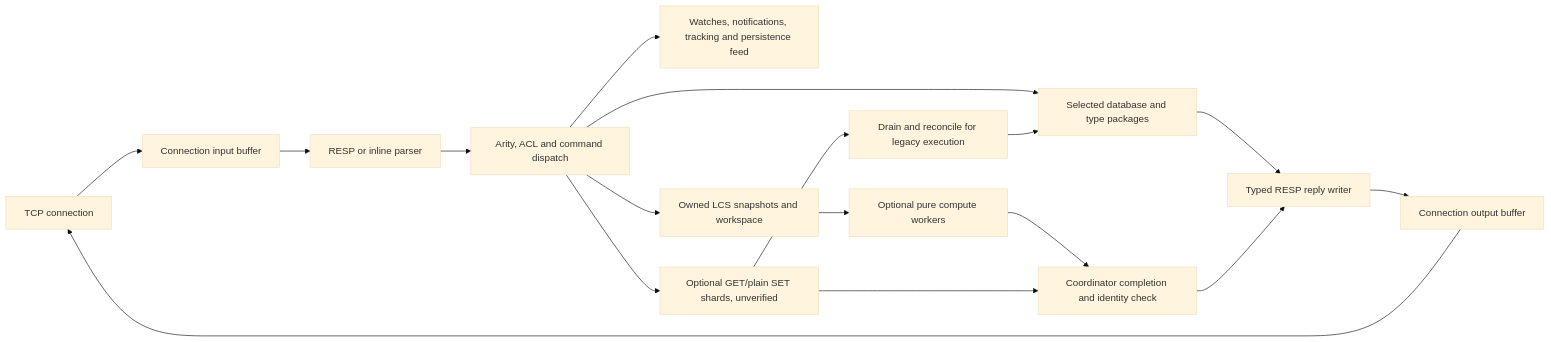
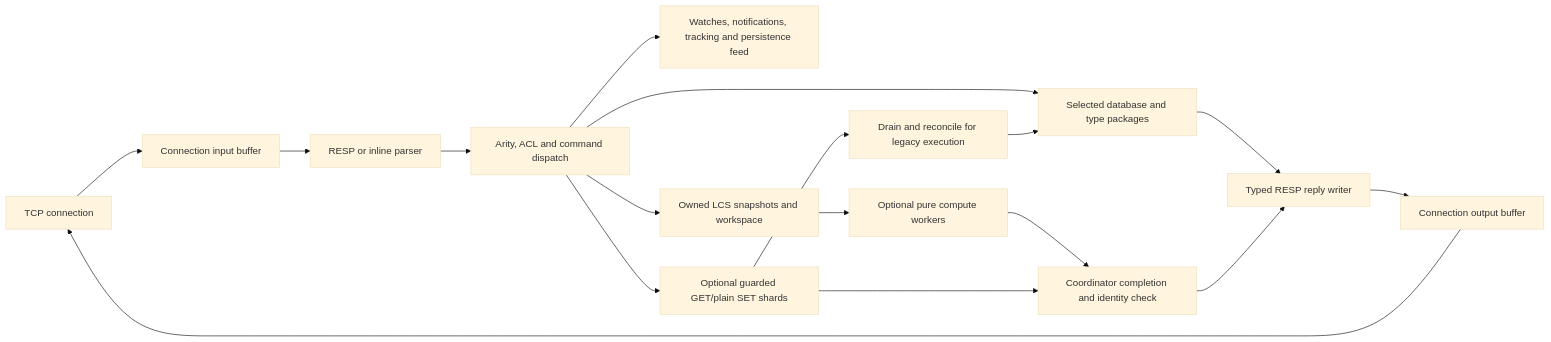
The first of 2 diagrams in docs/architecture.md (vighnesh-bheed/eski), drawn with Mermaid (base theme) before and after one commit. The commit also changed other lines of this file and 9 other files, not shown here.

````diff
--- a/docs/architecture.md
+++ b/docs/architecture.md
@@ -5,19 +5,19 @@
 ```mermaid
 flowchart LR
     Socket[TCP connection] --> Input[Connection input buffer]
     Input --> Parser[RESP or inline parser]
     Parser --> Dispatch[Arity, ACL and command dispatch]
     Dispatch --> Keys[Selected database and type packages]
     Keys --> Reply[Typed RESP reply writer]
     Reply --> Output[Connection output buffer]
     Output --> Socket
     Dispatch --> Effects[Watches, notifications, tracking and persistence feed]
     Dispatch --> Snapshot[Owned LCS snapshots and workspace]
     Snapshot --> Compute[Optional pure compute workers]
     Compute --> Complete[Coordinator completion and identity check]
     Complete --> Reply
-    Dispatch --> Shards[Optional GET/plain SET shards, unverified]
+    Dispatch --> Shards[Optional guarded GET/plain SET shards]
     Shards --> Complete
     Shards --> Barrier[Drain and reconcile for legacy execution]
     Barrier --> Keys
 ```
````
